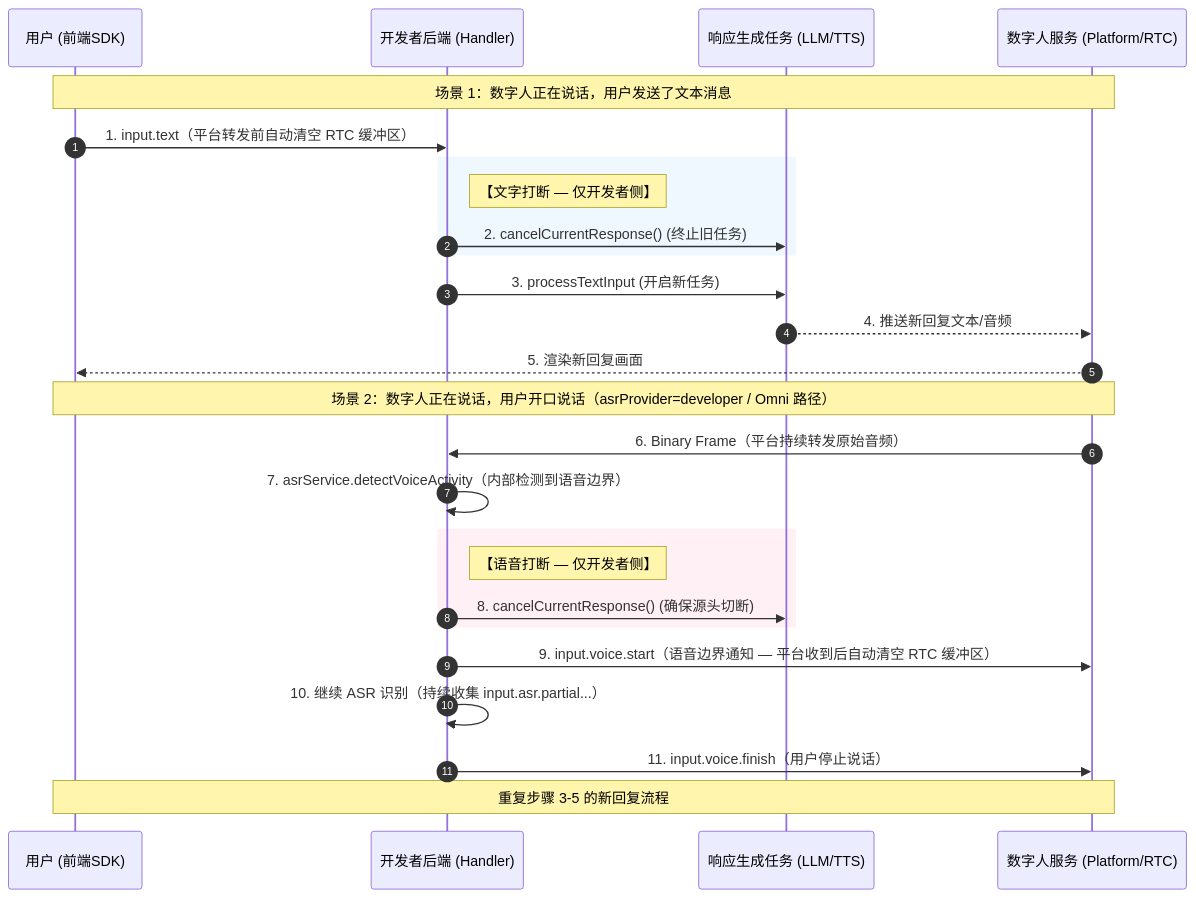
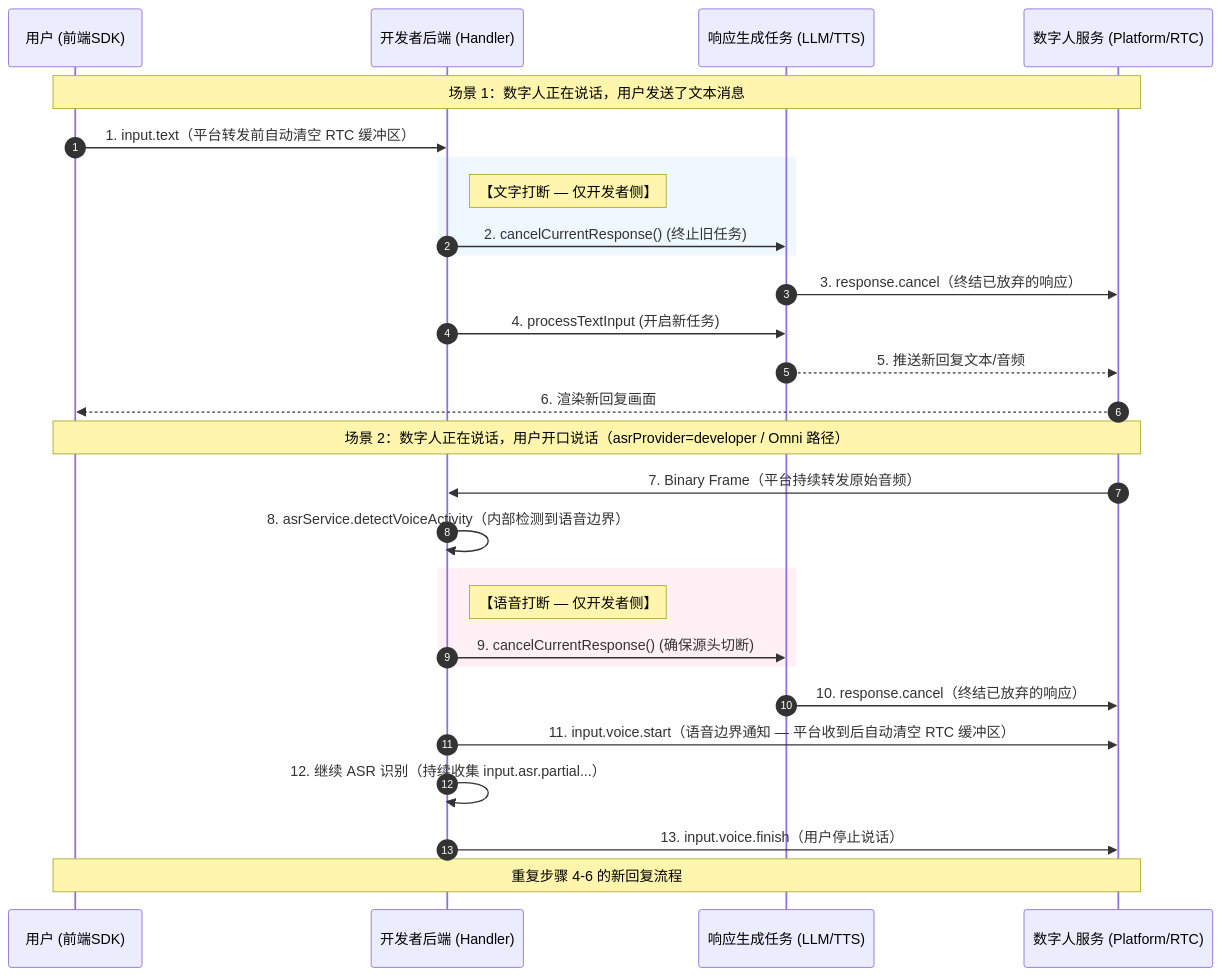
Before and after one commit to newportAI-lab/liveavatar-channel-python: the second of 2 diagrams in PROTOCOL.zh.md, drawn with Mermaid. The commit also changed other lines of this file and 3 other files, not shown here.

````diff
--- a/PROTOCOL.zh.md
+++ b/PROTOCOL.zh.md
@@ -395,35 +395,37 @@
 ```mermaid
 sequenceDiagram
     autonumber
     participant User as 用户 (前端SDK)
     participant AppServer as 开发者后端 (Handler)
     participant Task as 响应生成任务 (LLM/TTS)
     participant Avatar as 数字人服务 (Platform/RTC)
 
     Note over User, Avatar: 场景 1：数字人正在说话，用户发送了文本消息
     User->>AppServer: 1. input.text（平台转发前自动清空 RTC 缓冲区）
 
     rect rgb(240, 248, 255)
         Note right of AppServer: 【文字打断 — 仅开发者侧】
         AppServer->>Task: 2. cancelCurrentResponse() (终止旧任务)
     end
+    Task->>Avatar: 3. response.cancel（终结已放弃的响应）
 
-    AppServer->>Task: 3. processTextInput (开启新任务)
-    Task-->>Avatar: 4. 推送新回复文本/音频
-    Avatar-->>User: 5. 渲染新回复画面
+    AppServer->>Task: 4. processTextInput (开启新任务)
+    Task-->>Avatar: 5. 推送新回复文本/音频
+    Avatar-->>User: 6. 渲染新回复画面
 
     Note over User, Avatar: 场景 2：数字人正在说话，用户开口说话（asrProvider=developer / Omni 路径）
-    Avatar->>AppServer: 6. Binary Frame（平台持续转发原始音频）
+    Avatar->>AppServer: 7. Binary Frame（平台持续转发原始音频）
 
-    AppServer->>AppServer: 7. asrService.detectVoiceActivity（内部检测到语音边界）
+    AppServer->>AppServer: 8. asrService.detectVoiceActivity（内部检测到语音边界）
 
     rect rgb(255, 240, 245)
         Note right of AppServer: 【语音打断 — 仅开发者侧】
-        AppServer->>Task: 8. cancelCurrentResponse() (确保源头切断)
+        AppServer->>Task: 9. cancelCurrentResponse() (确保源头切断)
     end
+    Task->>Avatar: 10. response.cancel（终结已放弃的响应）
 
-    AppServer->>Avatar: 9. input.voice.start（语音边界通知 — 平台收到后自动清空 RTC 缓冲区）
-    AppServer->>AppServer: 10. 继续 ASR 识别（持续收集 input.asr.partial...）
-    AppServer->>Avatar: 11. input.voice.finish（用户停止说话）
-    Note over User, Avatar: 重复步骤 3-5 的新回复流程
+    AppServer->>Avatar: 11. input.voice.start（语音边界通知 — 平台收到后自动清空 RTC 缓冲区）
+    AppServer->>AppServer: 12. 继续 ASR 识别（持续收集 input.asr.partial...）
+    AppServer->>Avatar: 13. input.voice.finish（用户停止说话）
+    Note over User, Avatar: 重复步骤 4-6 的新回复流程
 ```
````
